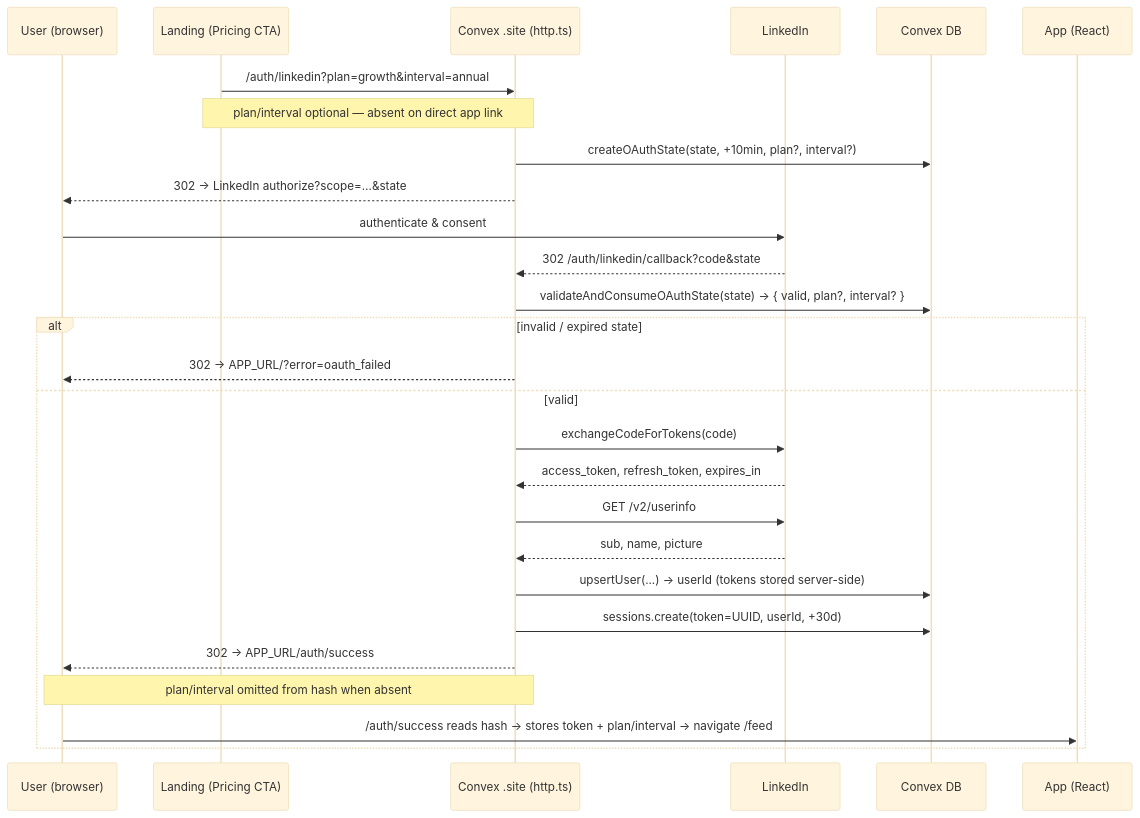
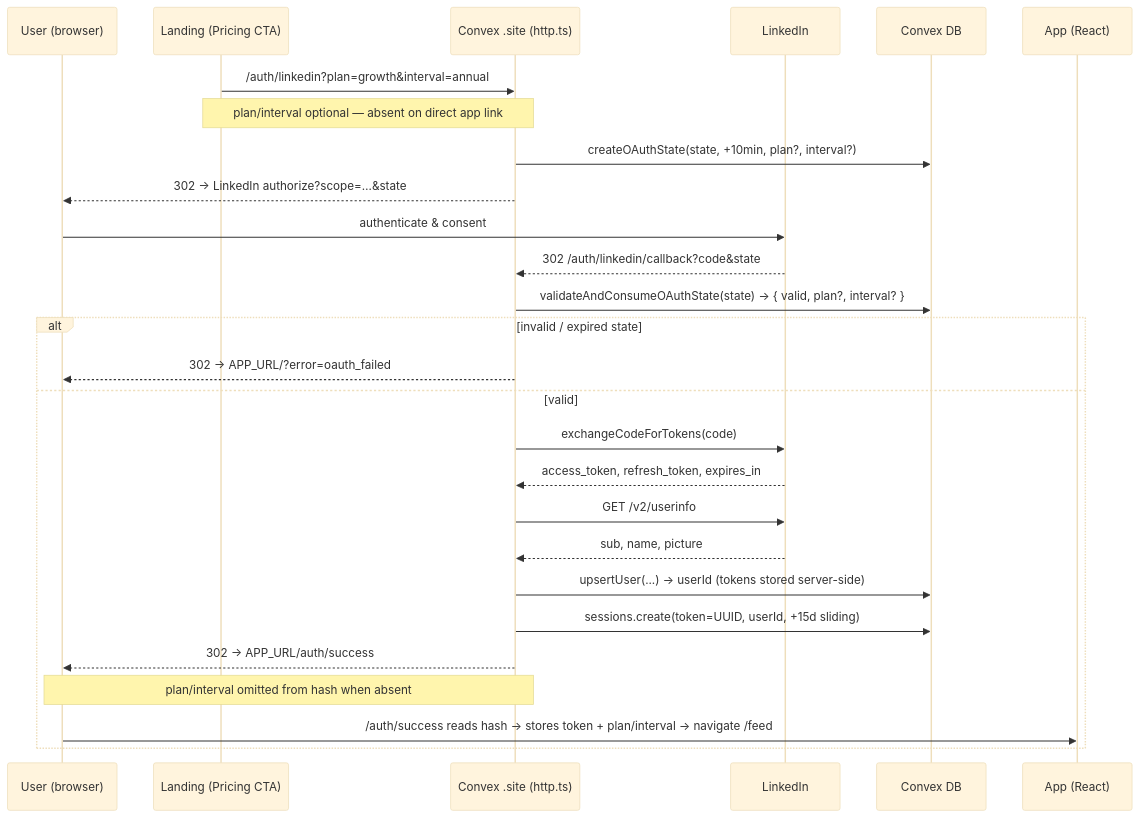
The third of 21 diagrams in docs/PLATFORM.md (henriko202/glowing-octo-guide), drawn with Mermaid (base theme) before and after one commit. The commit also changed other lines of this file and 6 other files, not shown here.

````diff
--- a/docs/PLATFORM.md
+++ b/docs/PLATFORM.md
@@ -764,29 +787,29 @@
 ```mermaid
 sequenceDiagram
     participant U as User (browser)
     participant LP as Landing (Pricing CTA)
     participant CV as Convex .site (http.ts)
     participant LI as LinkedIn
     participant DB as Convex DB
     participant A as App (React)
     LP ->> CV: /auth/linkedin?plan=growth&interval=annual
     Note over LP, CV: plan/interval optional — absent on direct app link
     CV ->> DB: createOAuthState(state, +10min, plan?, interval?)
     CV -->> U: 302 → LinkedIn authorize?scope=…&state
     U ->> LI: authenticate & consent
     LI -->> CV: 302 /auth/linkedin/callback?code&state
     CV ->> DB: validateAndConsumeOAuthState(state) → { valid, plan?, interval? }
     alt invalid / expired state
         CV -->> U: 302 → APP_URL/?error=oauth_failed
     else valid
         CV ->> LI: exchangeCodeForTokens(code)
         LI -->> CV: access_token, refresh_token, expires_in
         CV ->> LI: GET /v2/userinfo
         LI -->> CV: sub, name, picture
         CV ->> DB: upsertUser(...) → userId (tokens stored server-side)
-        CV ->> DB: sessions.create(token=UUID, userId, +30d)
+        CV ->> DB: sessions.create(token=UUID, userId, +15d sliding)
         CV -->> U: 302 → APP_URL/auth/success#session=UUID&plan=growth&interval=annual
         Note over CV, U: plan/interval omitted from hash when absent
         U ->> A: /auth/success reads hash → stores token + plan/interval → navigate /feed
     end
 ```
````
